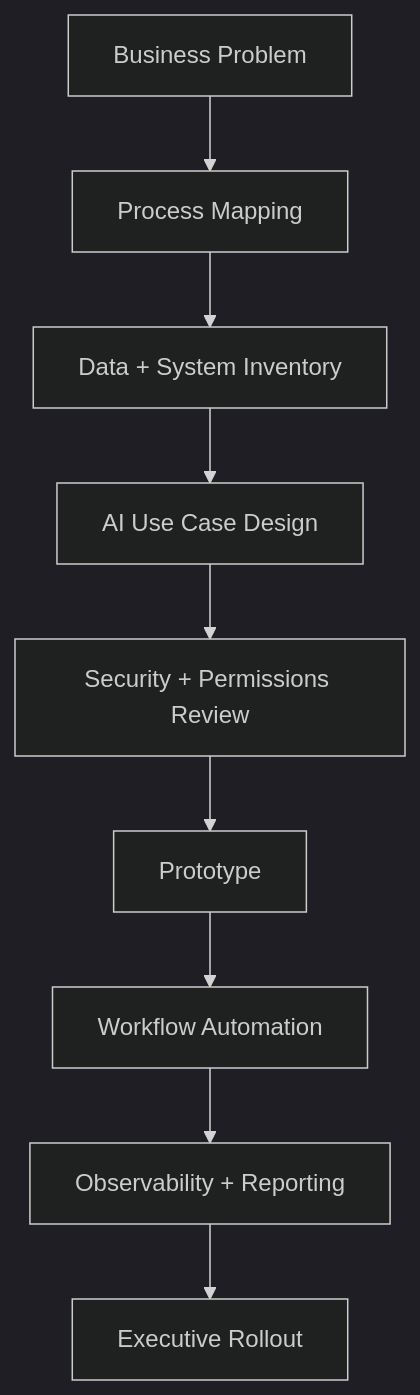
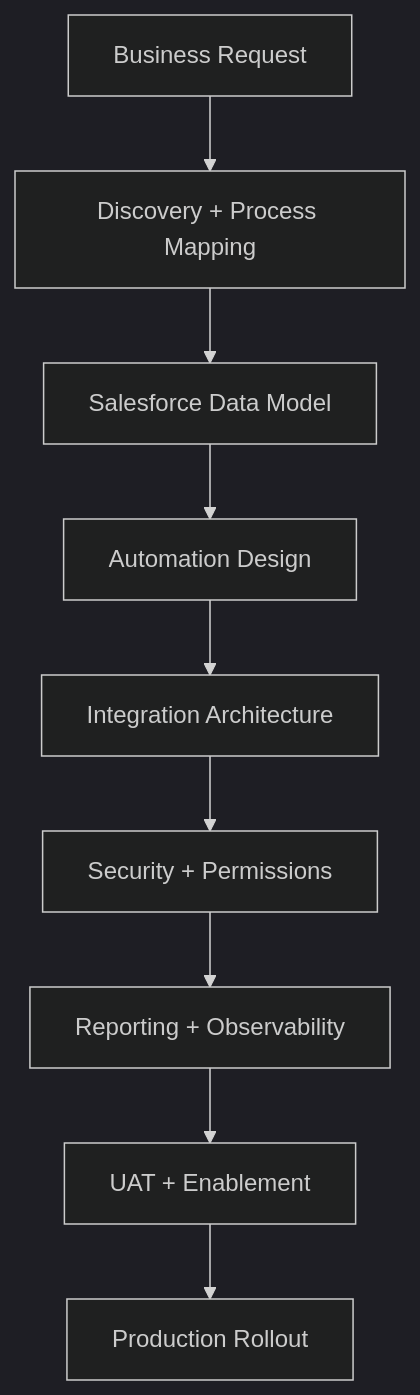
Before and after one commit to MahaKoala/MahaKoala: the fourth of 7 diagrams in README.md, drawn with Mermaid (dark theme). The commit also changed other lines of this file, not shown here.

````diff
--- a/README.md
+++ b/README.md
@@ -221,11 +275,11 @@
 ```mermaid
 flowchart TD
-    A[Business Problem] --> B[Process Mapping]
-    B --> C[Data + System Inventory]
-    C --> D[AI Use Case Design]
-    D --> E[Security + Permissions Review]
-    E --> F[Prototype]
-    F --> G[Workflow Automation]
-    G --> H[Observability + Reporting]
-    H --> I[Executive Rollout]
+    A[Business Request] --> B[Discovery + Process Mapping]
+    B --> C[Salesforce Data Model]
+    C --> D[Automation Design]
+    D --> E[Integration Architecture]
+    E --> F[Security + Permissions]
+    F --> G[Reporting + Observability]
+    G --> H[UAT + Enablement]
+    H --> I[Production Rollout]
 ```
````
